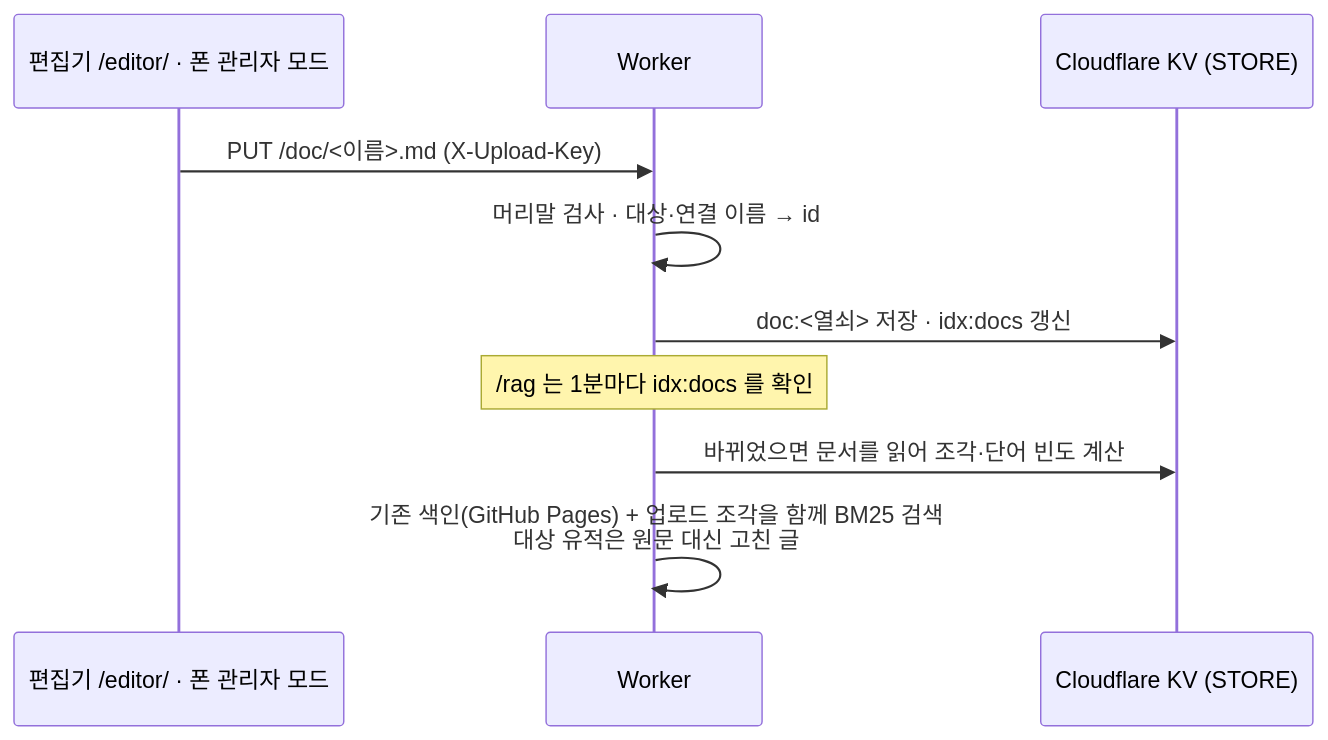
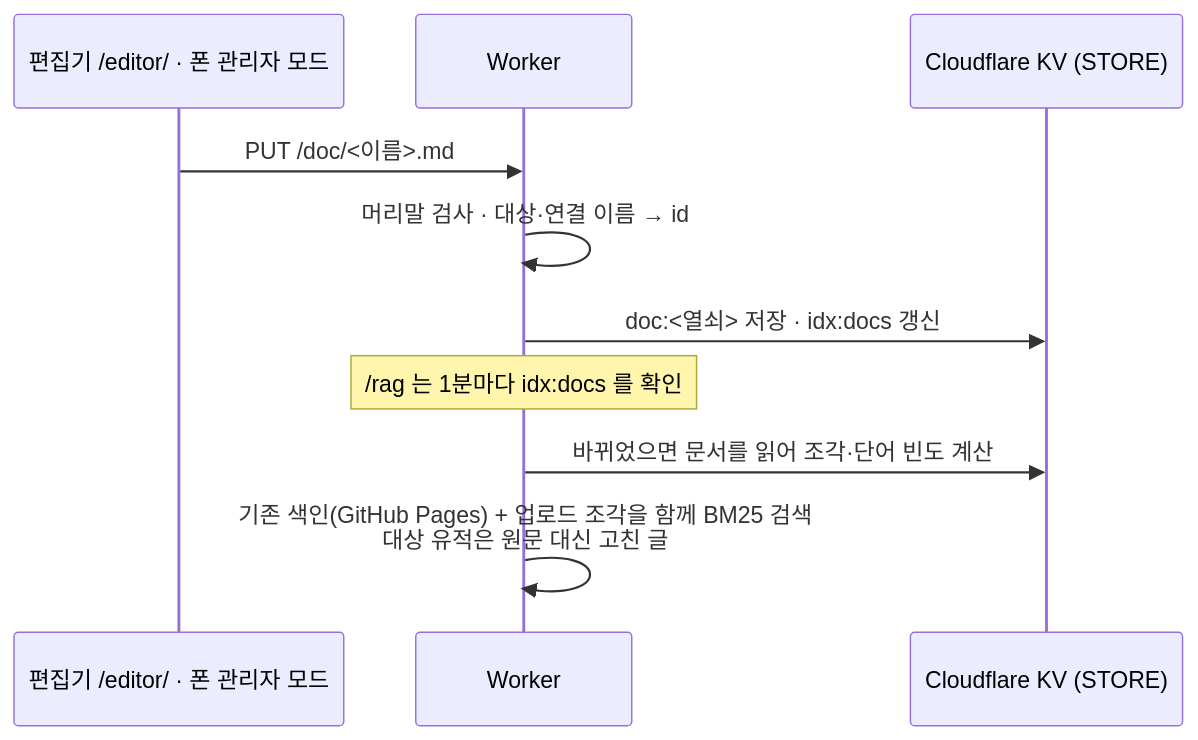
The eighth of 8 diagrams in README.md (Hanbyeol5/arHeritage), drawn with Mermaid before and after one commit. The commit also changed other lines of this file and 12 other files, not shown here.

````diff
--- a/README.md
+++ b/README.md
@@ -629,12 +715,12 @@
 ```mermaid
 sequenceDiagram
   participant E as 편집기 /editor/ · 폰 관리자 모드
   participant W as Worker
   participant K as Cloudflare KV (STORE)
-  E->>W: PUT /doc/<이름>.md (X-Upload-Key)
+  E->>W: PUT /doc/<이름>.md
   W->>W: 머리말 검사 · 대상·연결 이름 → id
   W->>K: doc:<열쇠> 저장 · idx:docs 갱신
   Note over W: /rag 는 1분마다 idx:docs 를 확인
   W->>K: 바뀌었으면 문서를 읽어 조각·단어 빈도 계산
   W->>W: 기존 색인(GitHub Pages) + 업로드 조각을 함께 BM25 검색<br/>대상 유적은 원문 대신 고친 글
 ```
````
